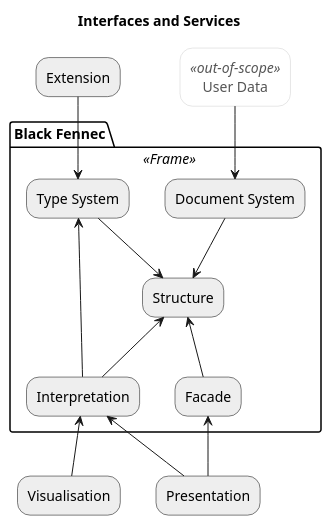
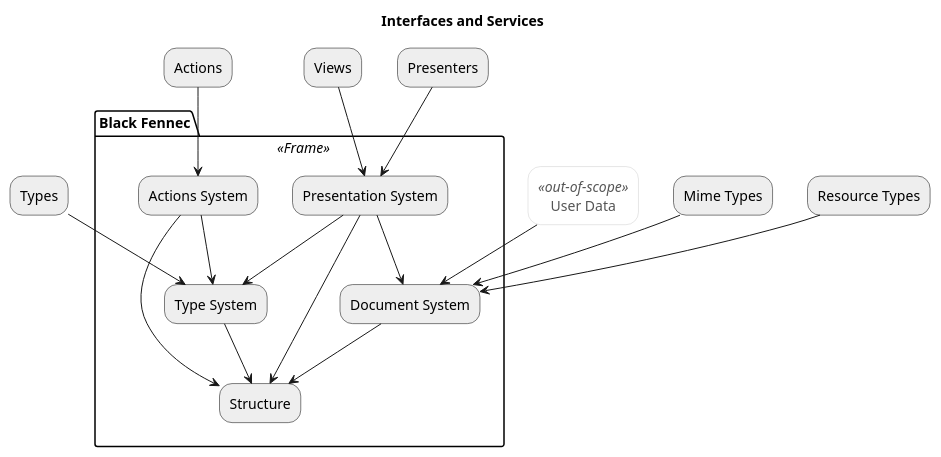
The diagram in docs/source/development/architecture/guts.puml (blackfennec-org/blackfennec), drawn with PlantUML before and after one commit. The commit also changed 4 other files, not shown here.

Commit message:
rework architecture documentation

```diff
--- a/docs/source/development/architecture/guts.puml
+++ b/docs/source/development/architecture/guts.puml
@@ -1,48 +1,58 @@
-@startuml
+@startuml interfaces and services
 
 skinparam rectangle {
     BackgroundColor #EEE
     ArrowColor Black
     BorderColor Black
     roundCorner 25
 }
 
 skinparam rectangle<<out-of-scope>> {
     BorderColor #CCC
     BackgroundColor #FFF
     FontColor #555
 }
 
 title Interfaces and Services
 
 
 
-package "Black Fennec" <<Frame>> {
-    rectangle Facade
-    rectangle Interpretation
+package "Black Fennec" <<Frame>> as BF {
+    rectangle "Presentation System" as PS
     rectangle "Document System" as DS
     rectangle Structure
     rectangle "Type System" as TS
+    rectangle "Actions System" as AS
 
-    Interpretation  -up->           TS
-    Facade          -up->           Structure
-    Interpretation  -up->           Structure
-    DS              -down->         Structure
-    TS              -down->         Structure
-    Facade          -[hidden]left-> Interpretation
+    TS          -->     Structure
+
+    AS          -->   TS
+    AS          -->     Structure
+    
+    DS          -->     Structure
+
+    PS          -->   TS
+    PS          -->     Structure
+    PS          -->     DS
 
 }
 
-
-rectangle Presentation
-rectangle Visualisation
-rectangle Extension
+rectangle Types
+rectangle Actions
+rectangle Views
+rectangle Presenters
+rectangle "Mime Types" as MT
+rectangle "Resource Types" as RT
 rectangle "User Data" as UD <<out-of-scope>>
 
-Presentation    -up->       Interpretation
-Presentation    -up->       Facade
-Visualisation   -up->       Interpretation
-Extension       -->         TS
+Types           -->         TS
+Actions         -->         AS
+Views           -->         PS
+Presenters      -->         PS
+MT              -->         DS
+RT              -->         DS
 UD              -->         DS
 
+Types           -[hidden]right->        BF
+
 @enduml
```
